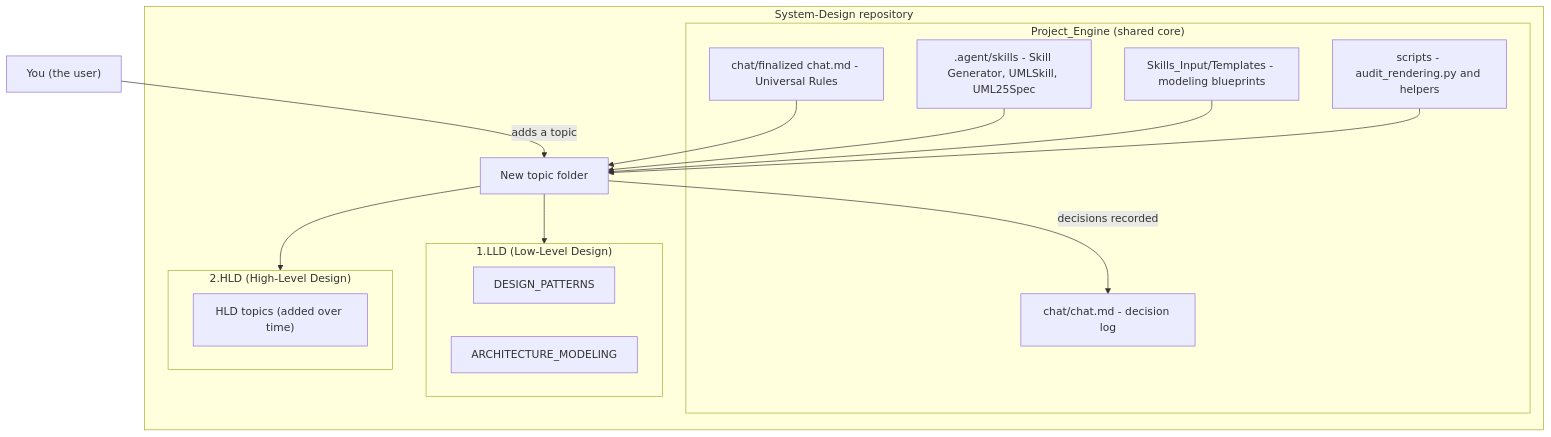
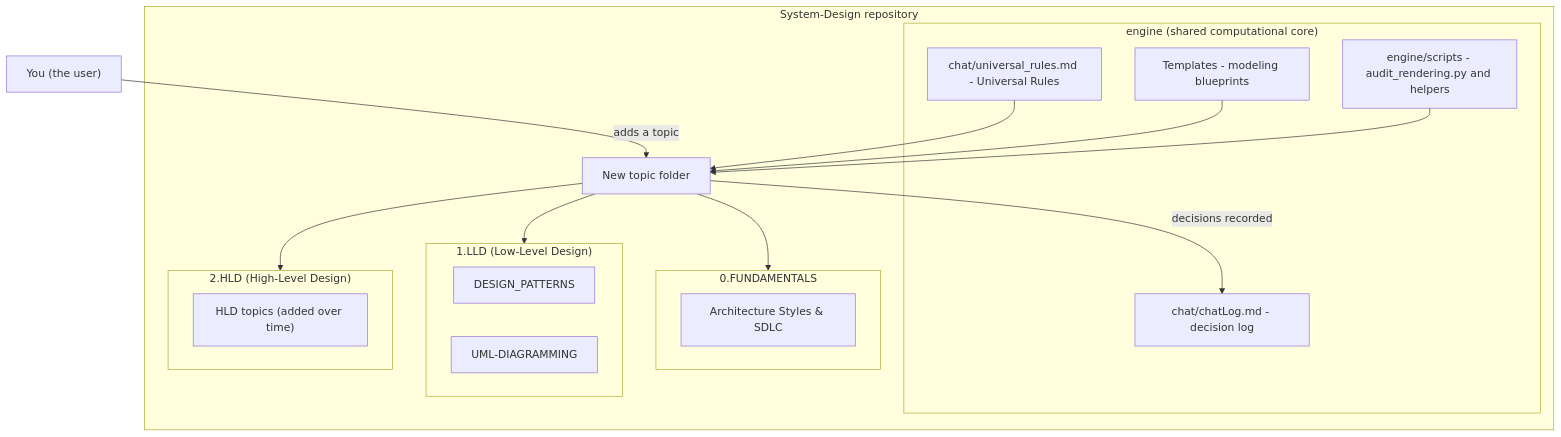
Before and after one commit to AkmKawser/System-Design: the first of 3 diagrams in architecture/architecture.md, drawn with Mermaid. The commit also changed other lines of this file and 34 other files, not shown here.

Commit message:
feat: enforce Rule 15 single outline.md, delete legacy skills, and document shared memory architecture

````diff
--- a/architecture/architecture.md
+++ b/architecture/architecture.md
@@ -9,28 +9,30 @@
 ```mermaid
 flowchart TD
     USER["You (the user)"] -->|"adds a topic"| TOPIC
     subgraph REPO["System-Design repository"]
-        subgraph ENGINE["Project_Engine (shared core)"]
-            RULES["chat/finalized chat.md - Universal Rules"]
-            SKILLS[".agent/skills - Skill Generator, UMLSkill, UML25Spec"]
-            TEMPL["Skills_Input/Templates - modeling blueprints"]
-            TOOLS["scripts - audit_rendering.py and helpers"]
-            LOG["chat/chat.md - decision log"]
+        subgraph ENGINE["engine (shared computational core)"]
+            RULES["chat/universal_rules.md - Universal Rules"]
+            TEMPL["Templates - modeling blueprints"]
+            TOOLS["engine/scripts - audit_rendering.py and helpers"]
+            LOG["chat/chatLog.md - decision log"]
+        end
+        subgraph FUND["0.FUNDAMENTALS"]
+            FD["Architecture Styles & SDLC"]
         end
         subgraph LLD["1.LLD (Low-Level Design)"]
             DP["DESIGN_PATTERNS"]
-            AM["ARCHITECTURE_MODELING"]
+            UML["UML-DIAGRAMMING"]
         end
         subgraph HLD["2.HLD (High-Level Design)"]
             HN["HLD topics (added over time)"]
         end
         TOPIC["New topic folder"]
     end
     RULES --> TOPIC
-    SKILLS --> TOPIC
     TEMPL --> TOPIC
     TOOLS --> TOPIC
+    TOPIC --> FUND
     TOPIC --> LLD
     TOPIC --> HLD
     TOPIC -->|"decisions recorded"| LOG
 ```
````
